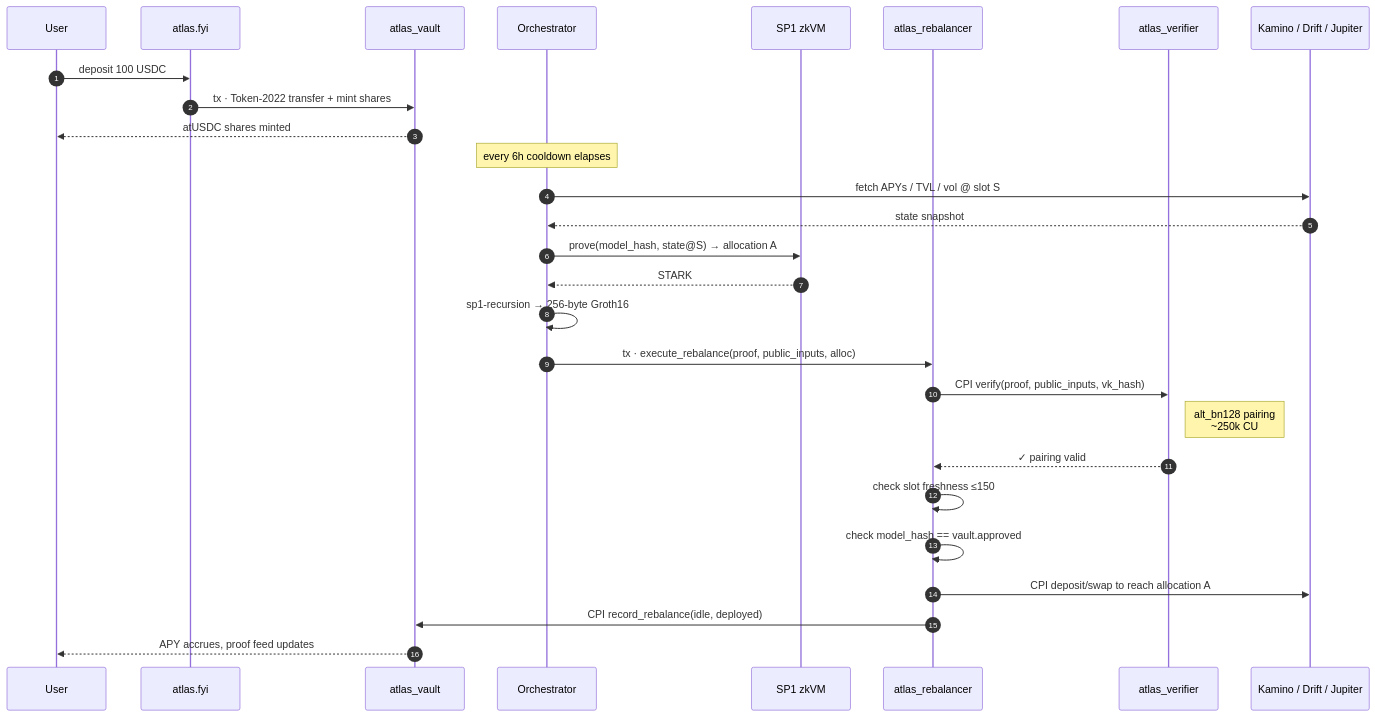
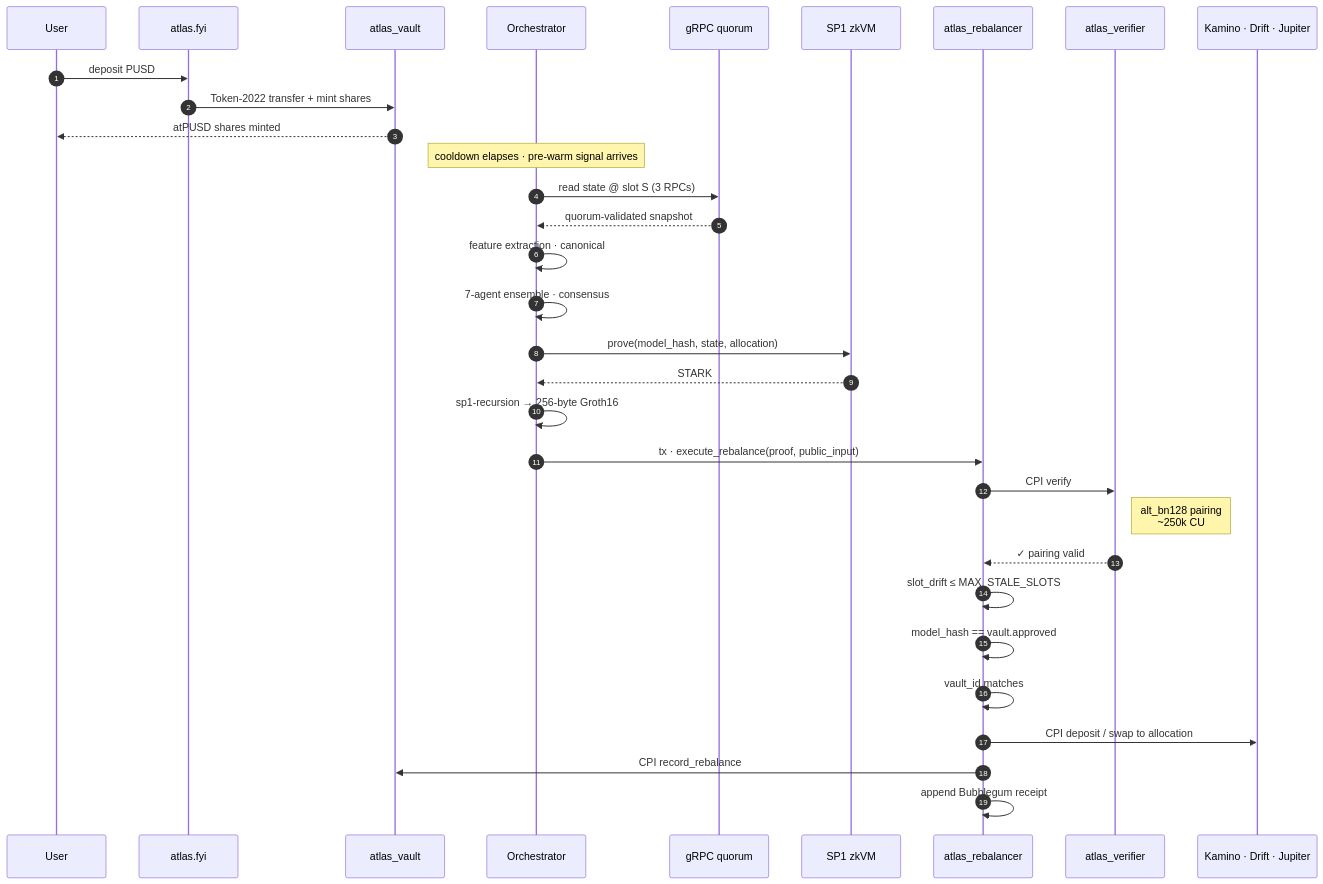
The second of 7 diagrams in README.md (Sushant6095/Atlas-protocol-colosseum-solana), drawn with Mermaid before and after one commit. The commit also changed other lines of this file, not shown here.

First line of the commit message:
docs(readme): institutional Treasury OS positioning + 24-phase architecture

````diff
--- a/README.md
+++ b/README.md
@@ -115,35 +183,38 @@
 ```mermaid
 sequenceDiagram
     autonumber
     participant U as User
     participant W as atlas.fyi
     participant V as atlas_vault
     participant O as Orchestrator
+    participant Q as gRPC quorum
     participant Z as SP1 zkVM
     participant R as atlas_rebalancer
     participant P as atlas_verifier
-    participant K as Kamino / Drift / Jupiter
+    participant K as Kamino · Drift · Jupiter
 
-    U->>W: deposit 100 USDC
-    W->>V: tx · Token-2022 transfer + mint shares
-    V-->>U: atUSDC shares minted
+    U->>W: deposit PUSD
+    W->>V: Token-2022 transfer + mint shares
+    V-->>U: atPUSD shares minted
 
-    Note over O: every 6h cooldown elapses
+    Note over O: cooldown elapses · pre-warm signal arrives
 
-    O->>K: fetch APYs / TVL / vol @ slot S
-    K-->>O: state snapshot
-    O->>Z: prove(model_hash, state@S) → allocation A
+    O->>Q: read state @ slot S (3 RPCs)
+    Q-->>O: quorum-validated snapshot
+    O->>O: feature extraction · canonical
+    O->>O: 7-agent ensemble · consensus
+    O->>Z: prove(model_hash, state, allocation)
     Z-->>O: STARK
     O->>O: sp1-recursion → 256-byte Groth16
-    O->>R: tx · execute_rebalance(proof, public_inputs, alloc)
+    O->>R: tx · execute_rebalance(proof, public_input)
 
-    R->>P: CPI verify(proof, public_inputs, vk_hash)
+    R->>P: CPI verify
     Note right of P: alt_bn128 pairing<br/>~250k CU
     P-->>R: ✓ pairing valid
-
-    R->>R: check slot freshness ≤150
-    R->>R: check model_hash == vault.approved
-    R->>K: CPI deposit/swap to reach allocation A
-    R->>V: CPI record_rebalance(idle, deployed)
-    V-->>U: APY accrues, proof feed updates
+    R->>R: slot_drift ≤ MAX_STALE_SLOTS
+    R->>R: model_hash == vault.approved
+    R->>R: vault_id matches
+    R->>K: CPI deposit / swap to allocation
+    R->>V: CPI record_rebalance
+    R->>R: append Bubblegum receipt
 ```
````
